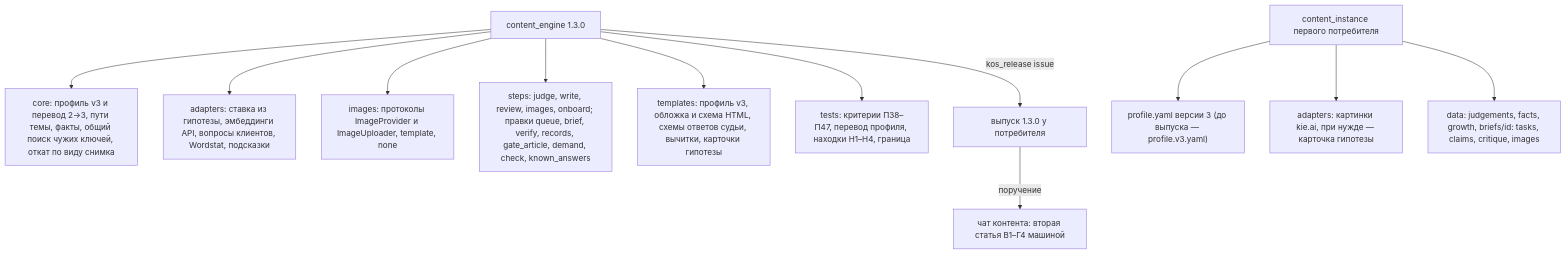
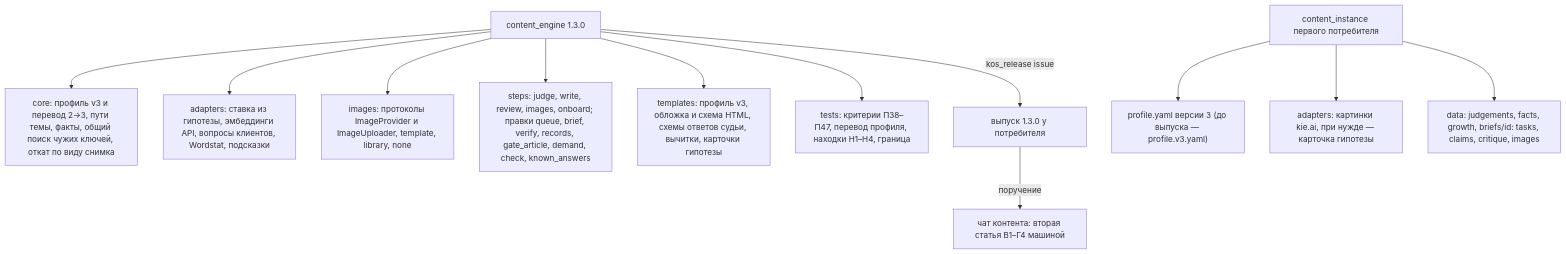
The first of 2 diagrams in Методологии/Контент-машина/План — Контент-машина, волна 2, часть 2 (решение, текст, вычитка, картинки, спрос; выпуск 1.3.0).md (dm-leads/Knowledge-OS), drawn with Mermaid before and after one commit. The commit also changed other lines of this file and 2 other files, not shown here.

````diff
--- a/Методологии/Контент-машина/План — Контент-машина, волна 2, часть 2 (решение, текст, вычитка, картинки, спрос; выпуск 1.3.0).md
+++ b/Методологии/Контент-машина/План — Контент-машина, волна 2, часть 2 (решение, текст, вычитка, картинки, спрос; выпуск 1.3.0).md
@@ -266,16 +284,16 @@
 ```mermaid
 flowchart TB
   pkg["content_engine 1.3.0"]
   pkg --> core["core: профиль v3 и перевод 2→3, пути темы, факты, общий поиск чужих ключей, откат по виду снимка"]
   pkg --> adapters["adapters: ставка из гипотезы, эмбеддинги API, вопросы клиентов, Wordstat, подсказки"]
-  pkg --> images["images: протоколы ImageProvider и ImageUploader, template, none"]
+  pkg --> images["images: протоколы ImageProvider и ImageUploader, template, library, none"]
   pkg --> steps["steps: judge, write, review, images, onboard; правки queue, brief, verify, records, gate_article, demand, check, known_answers"]
   pkg --> tpl["templates: профиль v3, обложка и схема HTML, схемы ответов судьи, вычитки, карточки гипотезы"]
   pkg --> tests["tests: критерии П38–П47, перевод профиля, находки Н1–Н4, граница"]
   inst["content_instance первого потребителя"]
   inst --> prof["profile.yaml версии 3 (до выпуска — profile.v3.yaml)"]
   inst --> iad["adapters: картинки kie.ai, при нужде — карточка гипотезы"]
   inst --> data["data: judgements, facts, growth, briefs/id: tasks, claims, critique, images"]
   pkg -->|"kos_release issue"| rel["выпуск 1.3.0 у потребителя"]
   rel -->|"поручение"| chat["чат контента: вторая статья В1–Г4 машиной"]
 ```
````
